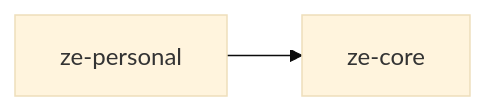
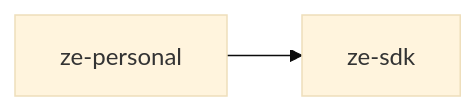
The diagram in plugins/ze-personal/README.md (myguyze/ze), drawn with Mermaid (base theme) before and after one commit. The commit also changed other lines of this file and 44 other files, not shown here.

````diff
--- a/plugins/ze-personal/README.md
+++ b/plugins/ze-personal/README.md
@@ -18,4 +18,4 @@
 ```mermaid
 graph LR
-    personal[ze-personal] --> core[ze-core]
+    personal[ze-personal] --> sdk[ze-sdk]
 ```
````
